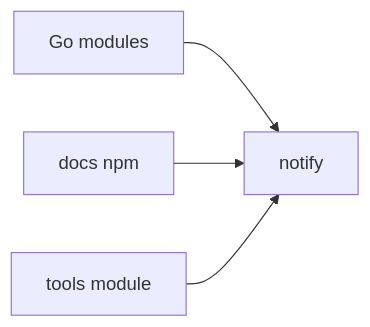
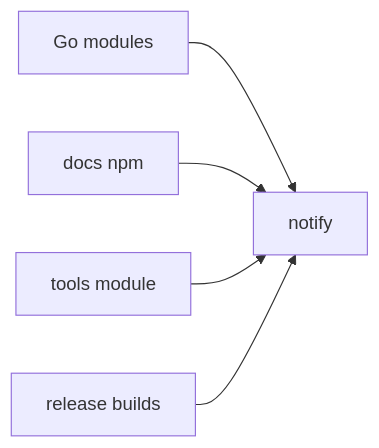
One commit to octomation/maintainer changed the eighth of 10 diagrams in .github/workflows/README.md. Above: the diagram before and after it, drawn with Mermaid. The commit also changed other lines of this file and 4 other files, not shown here.

````diff
--- a/.github/workflows/README.md
+++ b/.github/workflows/README.md
@@ -203,4 +227,4 @@
 ```mermaid
 flowchart LR
-  deps[Go modules] & docs[docs npm] & tools[tools module] --> notify[notify]
+  deps[Go modules] & docs[docs npm] & tools[tools module] & release[release builds] --> notify[notify]
 ```
````
